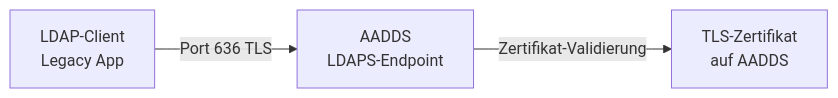
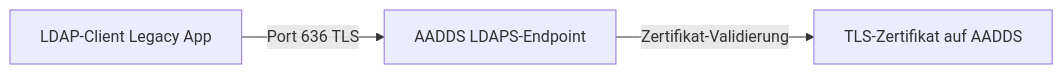
Before and after one commit to SoniiiT/notes-n-docs: the fourth of 5 diagrams in Microsoft 365/Azure/Identität und Schlüssel/Azure AD Domain Services.md, drawn with Mermaid. The commit also changed other lines of this file and 124 other files, not shown here.

First line of the commit message:
fix: Entferne \n aus allen Mermaid-Diagrammen (125 Dateien)

````diff
--- a/Microsoft 365/Azure/Identität und Schlüssel/Azure AD Domain Services.md
+++ b/Microsoft 365/Azure/Identität und Schlüssel/Azure AD Domain Services.md
@@ -168,5 +168,5 @@
 ```mermaid
 graph LR
-    APP[LDAP-Client\nLegacy App] -->|Port 636 TLS| AADDS[AADDS\nLDAPS-Endpoint]
-    AADDS -->|Zertifikat-Validierung| CERT[TLS-Zertifikat\nauf AADDS]
+    APP[LDAP-Client Legacy App] -->|Port 636 TLS| AADDS[AADDS LDAPS-Endpoint]
+    AADDS -->|Zertifikat-Validierung| CERT[TLS-Zertifikat auf AADDS]
 ```
````
